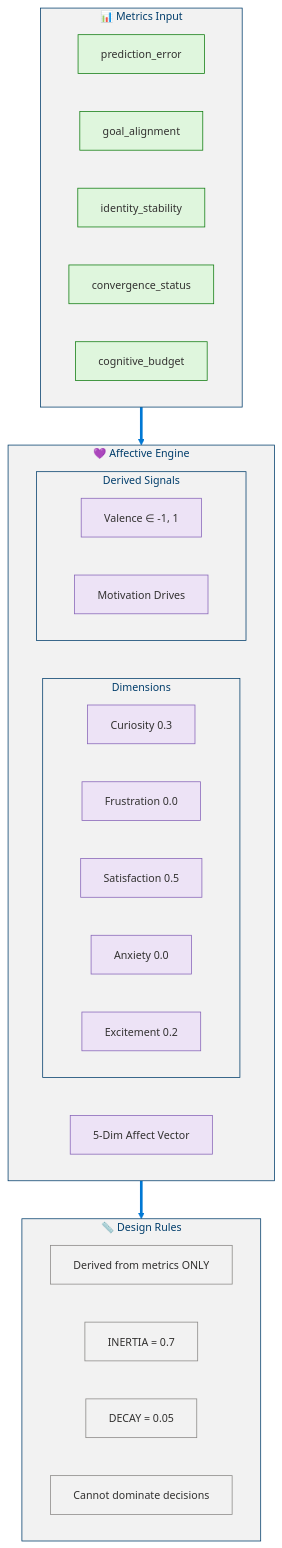
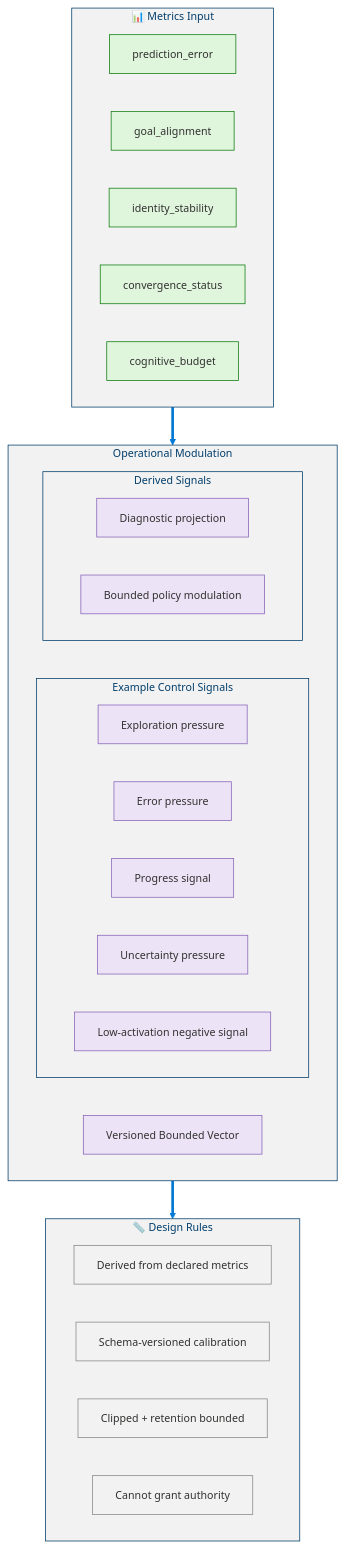
Before and after one commit to dotnetpower/mscp: diagram 14 of 19 in docs/levels/Level_3_Self_Regulating_Agent.md, drawn with Mermaid. The commit also changed other lines of this file and 21 other files, not shown here.

````diff
--- a/docs/levels/Level_3_Self_Regulating_Agent.md
+++ b/docs/levels/Level_3_Self_Regulating_Agent.md
@@ -971,44 +1061,44 @@
 ```mermaid
 %%{init: {'theme': 'base', 'themeVariables': {'primaryColor': '#0078D4', 'primaryTextColor': '#003D6B', 'primaryBorderColor': '#003D6B', 'secondaryColor': '#50E6FF', 'secondaryTextColor': '#323130', 'secondaryBorderColor': '#00BCF2', 'tertiaryColor': '#F2F2F2', 'tertiaryTextColor': '#323130', 'lineColor': '#0078D4', 'textColor': '#323130', 'mainBkg': '#DEECF9', 'nodeBorder': '#0078D4', 'clusterBkg': '#F2F2F2', 'clusterBorder': '#003D6B', 'titleColor': '#003D6B', 'edgeLabelBackground': '#FFFFFF', 'fontSize': '14px'}}}%%
 flowchart TD
   classDef input fill:#DFF6DD,stroke:#107C10,color:#323130
   classDef affect fill:#EDE3F6,stroke:#8764B8,color:#323130
   classDef neutral fill:#F2F2F2,stroke:#8A8886,color:#323130
 
   subgraph Input["📊 Metrics Input"]
     direction LR
     M1["prediction_error"]:::input
     M2["goal_alignment"]:::input
     M3["identity_stability"]:::input
     M4["convergence_status"]:::input
     M5["cognitive_budget"]:::input
   end
 
-  subgraph AE["💜 Affective Engine"]
-    AF["5-Dim Affect Vector"]:::affect
-    subgraph Dims["Dimensions"]
+  subgraph AE["Operational Modulation"]
+    AF["Versioned Bounded Vector"]:::affect
+    subgraph Dims["Example Control Signals"]
       direction LR
-      D1["Curiosity 0.3"]:::affect
-      D2["Frustration 0.0"]:::affect
-      D3["Satisfaction 0.5"]:::affect
-      D4["Anxiety 0.0"]:::affect
-      D5["Excitement 0.2"]:::affect
+      D1["Exploration pressure"]:::affect
+      D2["Error pressure"]:::affect
+      D3["Progress signal"]:::affect
+      D4["Uncertainty pressure"]:::affect
+      D5["Low-activation negative signal"]:::affect
     end
     subgraph Derived["Derived Signals"]
       direction LR
-      V["Valence ∈ -1, 1"]:::affect
-      DR["Motivation Drives"]:::affect
+      V["Diagnostic projection"]:::affect
+      DR["Bounded policy modulation"]:::affect
     end
   end
 
   subgraph Rules["📏 Design Rules"]
     direction LR
-    R1["Derived from metrics ONLY"]:::neutral
-    R2["INERTIA = 0.7"]:::neutral
-    R3["DECAY = 0.05"]:::neutral
-    R4["Cannot dominate decisions"]:::neutral
+    R1["Derived from declared metrics"]:::neutral
+    R2["Schema-versioned calibration"]:::neutral
+    R3["Clipped + retention bounded"]:::neutral
+    R4["Cannot grant authority"]:::neutral
   end
 
   Input ==> AE
   AE ==> Rules
 ```
````
